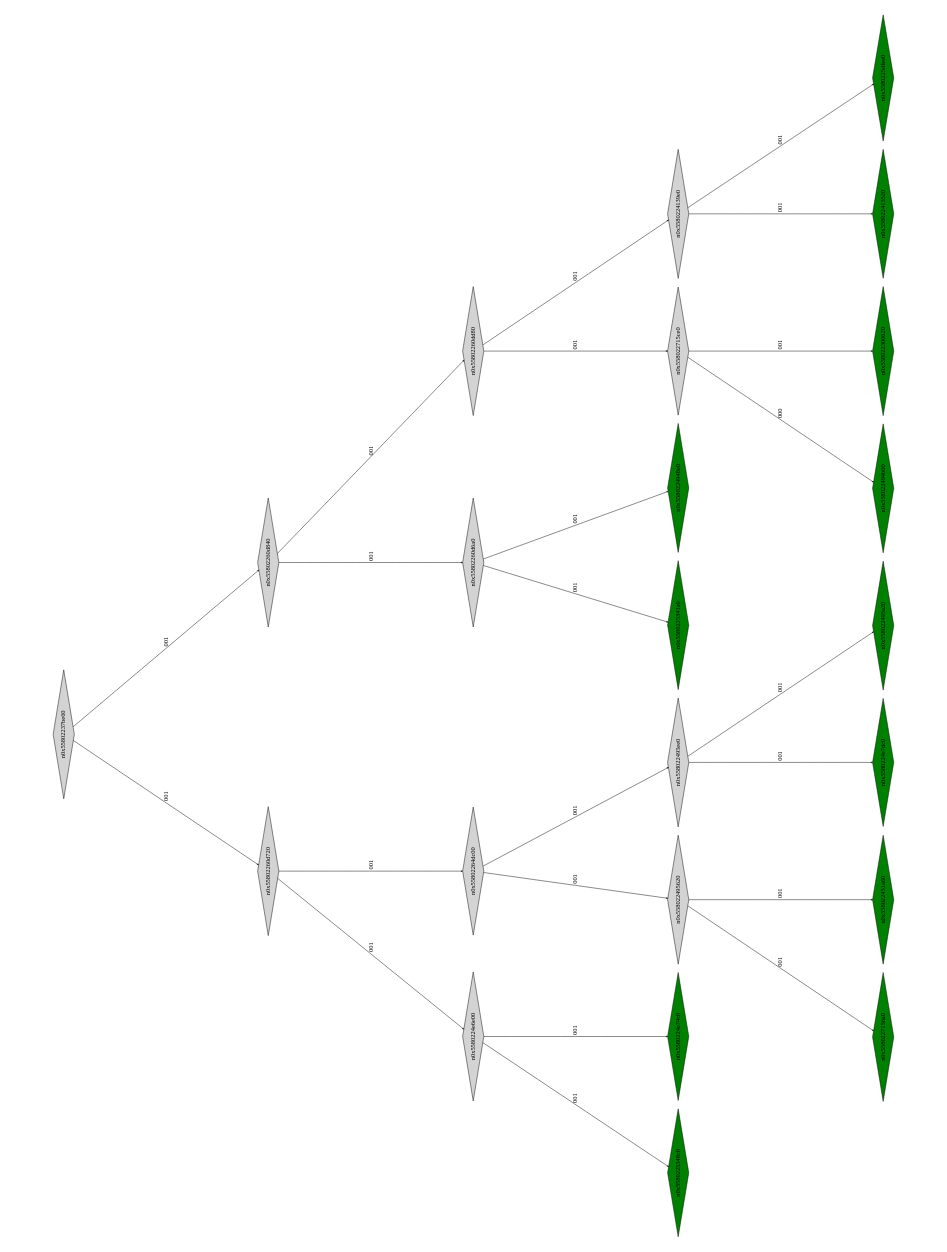
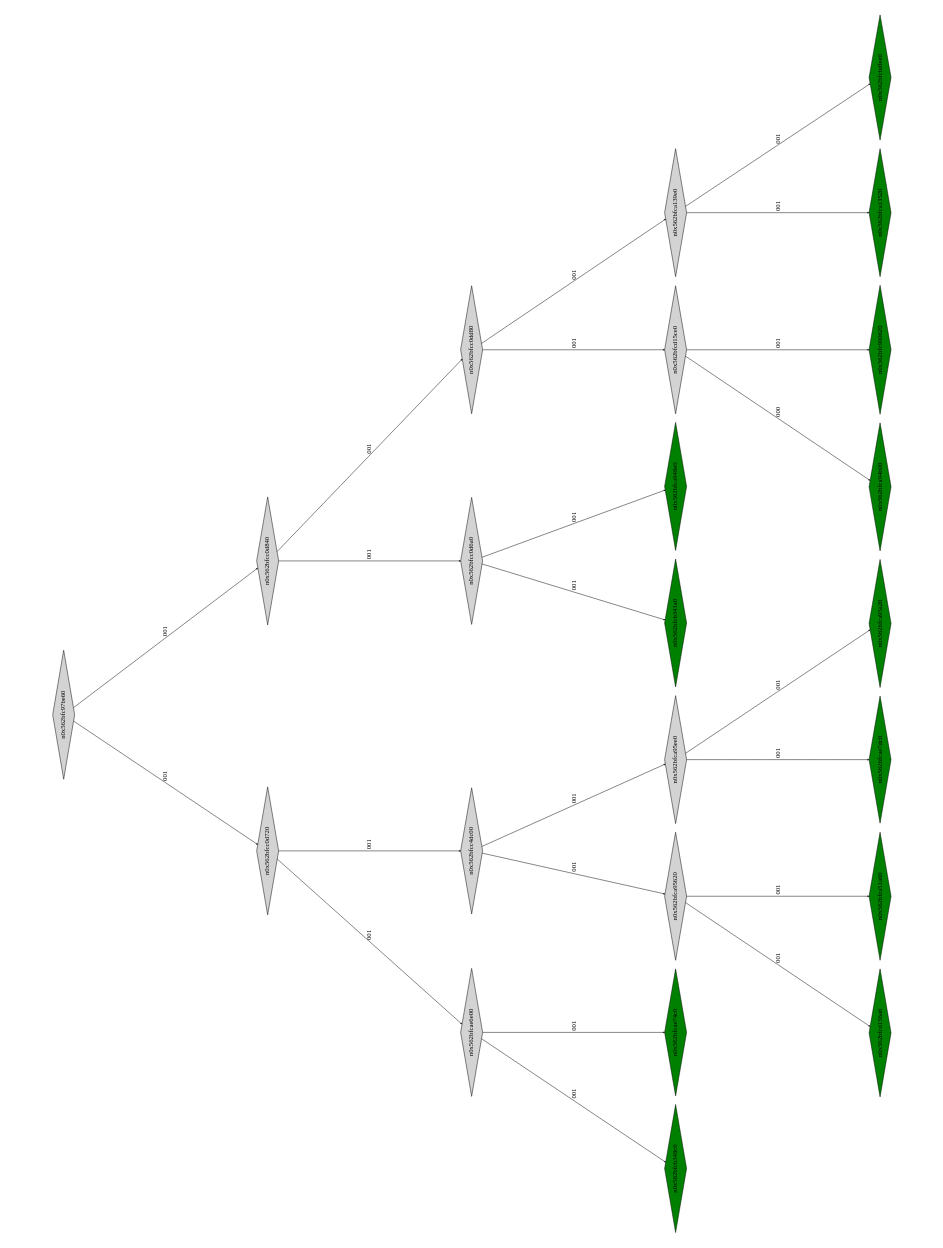
Before and after one commit to Research-Tools-PAVT/PSE-Program-Examples: the diagram in montyhall_klee_out/ptree_00021018.dot, drawn with Graphviz. The commit also changed 60 other files, not shown here.

```diff
--- a/montyhall_klee_out/ptree_00021018.dot
+++ b/montyhall_klee_out/ptree_00021018.dot
@@ -1,53 +1,53 @@
 digraph G {
 	size="10,7.5";
 	ratio=fill;
 	rotate=90;
 	center = "true";
 	node [style="filled",width=.1,height=.1,fontname="Terminus"]
 	edge [arrowsize=.3]
-	n0x55802237be60 [shape=diamond];
-	n0x55802237be60 -> n0x55802260d720 [label=001];
-	n0x55802237be60 -> n0x55802260d840 [label=001];
-	n0x55802260d840 [shape=diamond];
-	n0x55802260d840 -> n0x55802260d6a0 [label=001];
-	n0x55802260d840 -> n0x55802260dd80 [label=001];
-	n0x55802260dd80 [shape=diamond];
-	n0x55802260dd80 -> n0x558022715ce0 [label=001];
-	n0x55802260dd80 -> n0x5580224139e0 [label=001];
-	n0x5580224139e0 [shape=diamond];
-	n0x5580224139e0 -> n0x558022413520 [label=001];
-	n0x5580224139e0 -> n0x5580225dfee0 [label=001];
-	n0x5580225dfee0 [shape=diamond,fillcolor=green];
-	n0x558022413520 [shape=diamond,fillcolor=green];
-	n0x558022715ce0 [shape=diamond];
-	n0x558022715ce0 -> n0x558022494b00 [label=000];
-	n0x558022715ce0 -> n0x558022300620 [label=001];
-	n0x558022300620 [shape=diamond,fillcolor=green];
-	n0x558022494b00 [shape=diamond,fillcolor=green];
-	n0x55802260d6a0 [shape=diamond];
-	n0x55802260d6a0 -> n0x5580225341a0 [label=001];
-	n0x55802260d6a0 -> n0x5580224948e0 [label=001];
-	n0x5580224948e0 [shape=diamond,fillcolor=green];
-	n0x5580225341a0 [shape=diamond,fillcolor=green];
-	n0x55802260d720 [shape=diamond];
-	n0x55802260d720 -> n0x5580224e6e00 [label=001];
-	n0x55802260d720 -> n0x55802264dc00 [label=001];
-	n0x55802264dc00 [shape=diamond];
-	n0x55802264dc00 -> n0x558022495620 [label=001];
-	n0x55802264dc00 -> n0x558022495ee0 [label=001];
-	n0x558022495ee0 [shape=diamond];
-	n0x558022495ee0 -> n0x5580224e7dc0 [label=001];
-	n0x558022495ee0 -> n0x558022495a20 [label=001];
-	n0x558022495a20 [shape=diamond,fillcolor=green];
-	n0x5580224e7dc0 [shape=diamond,fillcolor=green];
-	n0x558022495620 [shape=diamond];
-	n0x558022495620 -> n0x5580227156a0 [label=001];
-	n0x558022495620 -> n0x558022451a60 [label=001];
-	n0x558022451a60 [shape=diamond,fillcolor=green];
-	n0x5580227156a0 [shape=diamond,fillcolor=green];
-	n0x5580224e6e00 [shape=diamond];
-	n0x5580224e6e00 -> n0x5580225348c0 [label=001];
-	n0x5580224e6e00 -> n0x5580224e74c0 [label=001];
-	n0x5580224e74c0 [shape=diamond,fillcolor=green];
-	n0x5580225348c0 [shape=diamond,fillcolor=green];
+	n0x562bfc97be60 [shape=diamond];
+	n0x562bfc97be60 -> n0x562bfcc0d720 [label=001];
+	n0x562bfc97be60 -> n0x562bfcc0d840 [label=001];
+	n0x562bfcc0d840 [shape=diamond];
+	n0x562bfcc0d840 -> n0x562bfcc0d6a0 [label=001];
+	n0x562bfcc0d840 -> n0x562bfcc0dd80 [label=001];
+	n0x562bfcc0dd80 [shape=diamond];
+	n0x562bfcc0dd80 -> n0x562bfcd15ce0 [label=001];
+	n0x562bfcc0dd80 -> n0x562bfca139e0 [label=001];
+	n0x562bfca139e0 [shape=diamond];
+	n0x562bfca139e0 -> n0x562bfca13520 [label=001];
+	n0x562bfca139e0 -> n0x562bfcbdfee0 [label=001];
+	n0x562bfcbdfee0 [shape=diamond,fillcolor=green];
+	n0x562bfca13520 [shape=diamond,fillcolor=green];
+	n0x562bfcd15ce0 [shape=diamond];
+	n0x562bfcd15ce0 -> n0x562bfca94b00 [label=000];
+	n0x562bfcd15ce0 -> n0x562bfc900620 [label=001];
+	n0x562bfc900620 [shape=diamond,fillcolor=green];
+	n0x562bfca94b00 [shape=diamond,fillcolor=green];
+	n0x562bfcc0d6a0 [shape=diamond];
+	n0x562bfcc0d6a0 -> n0x562bfcb341a0 [label=001];
+	n0x562bfcc0d6a0 -> n0x562bfca948e0 [label=001];
+	n0x562bfca948e0 [shape=diamond,fillcolor=green];
+	n0x562bfcb341a0 [shape=diamond,fillcolor=green];
+	n0x562bfcc0d720 [shape=diamond];
+	n0x562bfcc0d720 -> n0x562bfcae6e00 [label=001];
+	n0x562bfcc0d720 -> n0x562bfcc4dc00 [label=001];
+	n0x562bfcc4dc00 [shape=diamond];
+	n0x562bfcc4dc00 -> n0x562bfca95620 [label=001];
+	n0x562bfcc4dc00 -> n0x562bfca95ee0 [label=001];
+	n0x562bfca95ee0 [shape=diamond];
+	n0x562bfca95ee0 -> n0x562bfcae7dc0 [label=001];
+	n0x562bfca95ee0 -> n0x562bfca95a20 [label=001];
+	n0x562bfca95a20 [shape=diamond,fillcolor=green];
+	n0x562bfcae7dc0 [shape=diamond,fillcolor=green];
+	n0x562bfca95620 [shape=diamond];
+	n0x562bfca95620 -> n0x562bfcd156a0 [label=001];
+	n0x562bfca95620 -> n0x562bfca51a60 [label=001];
+	n0x562bfca51a60 [shape=diamond,fillcolor=green];
+	n0x562bfcd156a0 [shape=diamond,fillcolor=green];
+	n0x562bfcae6e00 [shape=diamond];
+	n0x562bfcae6e00 -> n0x562bfcb348c0 [label=001];
+	n0x562bfcae6e00 -> n0x562bfcae74c0 [label=001];
+	n0x562bfcae74c0 [shape=diamond,fillcolor=green];
+	n0x562bfcb348c0 [shape=diamond,fillcolor=green];
 }
```
